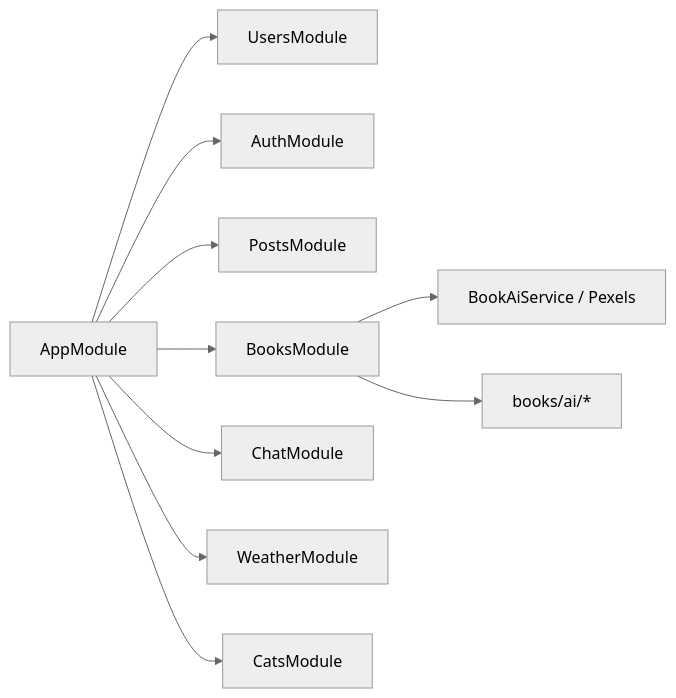
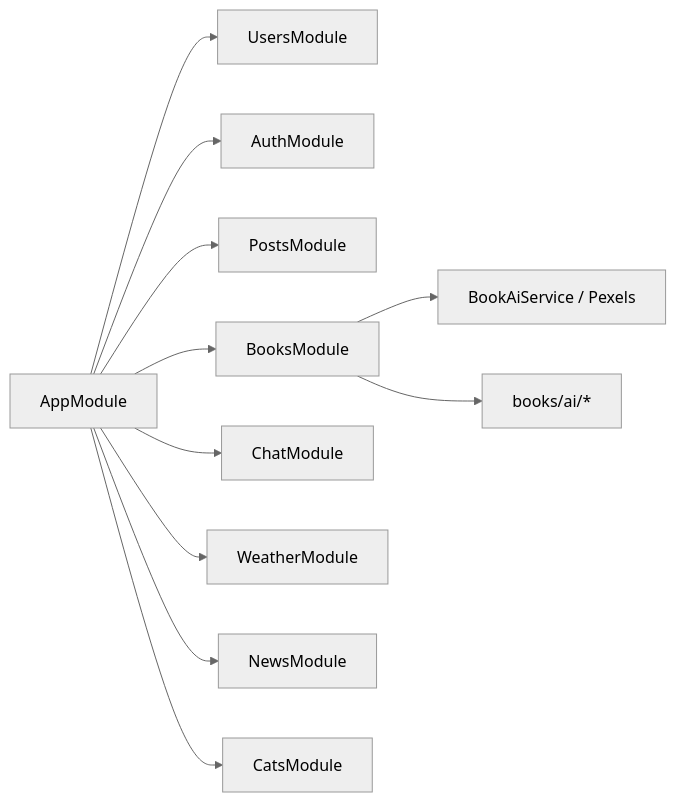
One commit to kspark-sqisoft/react-auth changed the fourth of 10 diagrams in docs/PROJECT_ARCHITECTURE.md. Above: the diagram before and after it, drawn with Mermaid. The commit also changed other lines of this file and 22 other files, not shown here.

````diff
--- a/docs/PROJECT_ARCHITECTURE.md
+++ b/docs/PROJECT_ARCHITECTURE.md
@@ -181,14 +184,15 @@
 ```mermaid
 %%{init: {'theme': 'neutral'}}%%
 flowchart LR
   App[AppModule]
   App --> Users[UsersModule]
   App --> Auth[AuthModule]
   App --> Posts[PostsModule]
   App --> Books[BooksModule]
   App --> Chat[ChatModule]
   App --> Weather[WeatherModule]
+  App --> News[NewsModule]
   App --> Cats[CatsModule]
   Books --> BookAI[BookAiService / Pexels]
   Books --> BooksAIController["books/ai/*"]
 ```
````
